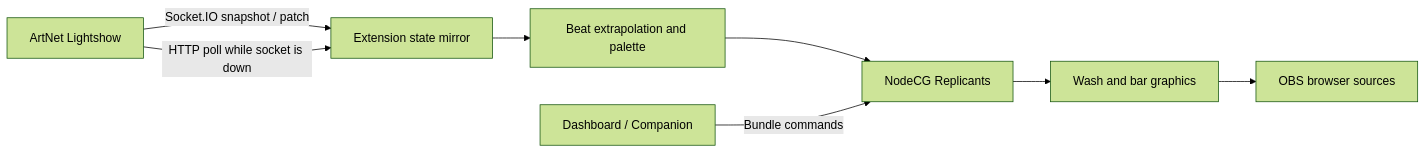
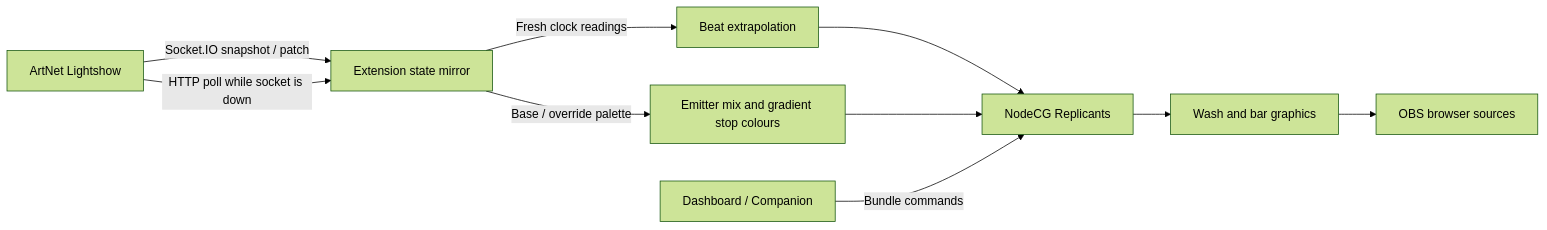
Before and after one commit to tyclab/party-visuals: the diagram in README.md, drawn with Mermaid (forest theme). The commit also changed other lines of this file and 7 other files, not shown here.

````diff
--- a/README.md
+++ b/README.md
@@ -239,10 +239,12 @@
 ```mermaid
 flowchart LR
   Lightshow[ArtNet Lightshow] -->|Socket.IO snapshot / patch| Mirror[Extension state mirror]
   Lightshow -->|HTTP poll while socket is down| Mirror
-  Mirror --> Clock[Beat extrapolation and palette]
+  Mirror -->|Fresh clock readings| Clock[Beat extrapolation]
+  Mirror -->|Base / override palette| Colours[Emitter mix and gradient stop colours]
   Clock --> Replicants[NodeCG Replicants]
+  Colours --> Replicants
   Replicants --> Graphics[Wash and bar graphics]
   Graphics --> OBS[OBS browser sources]
   Controls[Dashboard / Companion] -->|Bundle commands| Replicants
 ```
````
